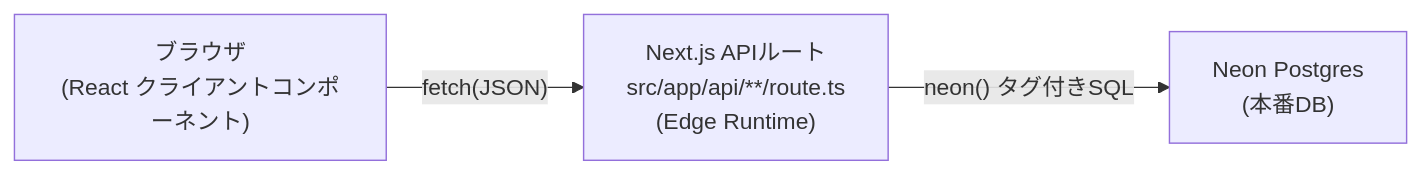
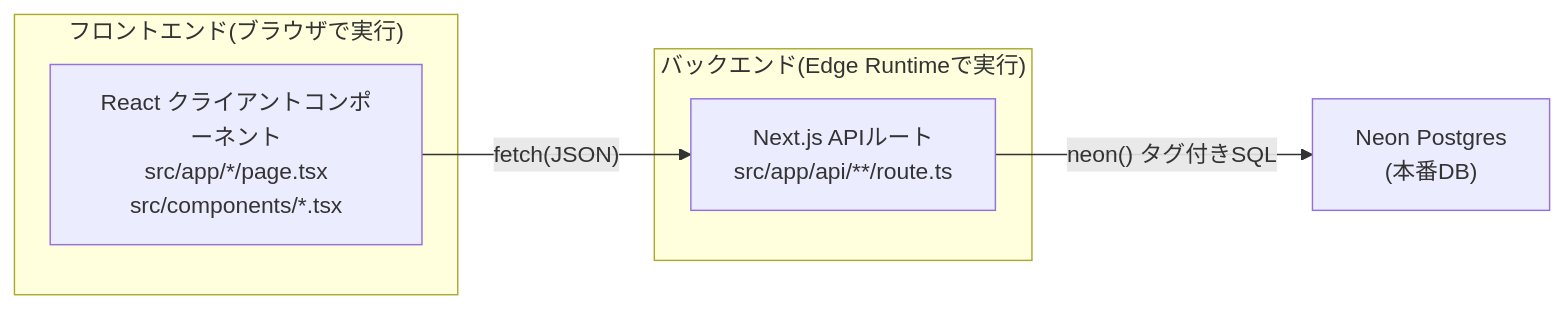
Before and after one commit to mHayashi-1001/kakeibo: the diagram in docs/design/overview.md, drawn with Mermaid. The commit also changed other lines of this file and 3 other files, not shown here.

````diff
--- a/docs/design/overview.md
+++ b/docs/design/overview.md
@@ -7,9 +9,13 @@
 ```mermaid
 flowchart LR
-    Browser["ブラウザ<br/>(React クライアントコンポーネント)"]
-    API["Next.js APIルート<br/>src/app/api/**/route.ts<br/>(Edge Runtime)"]
+    subgraph FE["フロントエンド(ブラウザで実行)"]
+        Browser["React クライアントコンポーネント<br/>src/app/*/page.tsx<br/>src/components/*.tsx"]
+    end
+    subgraph BE["バックエンド(Edge Runtimeで実行)"]
+        API["Next.js APIルート<br/>src/app/api/**/route.ts"]
+    end
     Neon["Neon Postgres<br/>(本番DB)"]
 
     Browser -- "fetch(JSON)" --> API
     API -- "neon() タグ付きSQL" --> Neon
 ```
````
